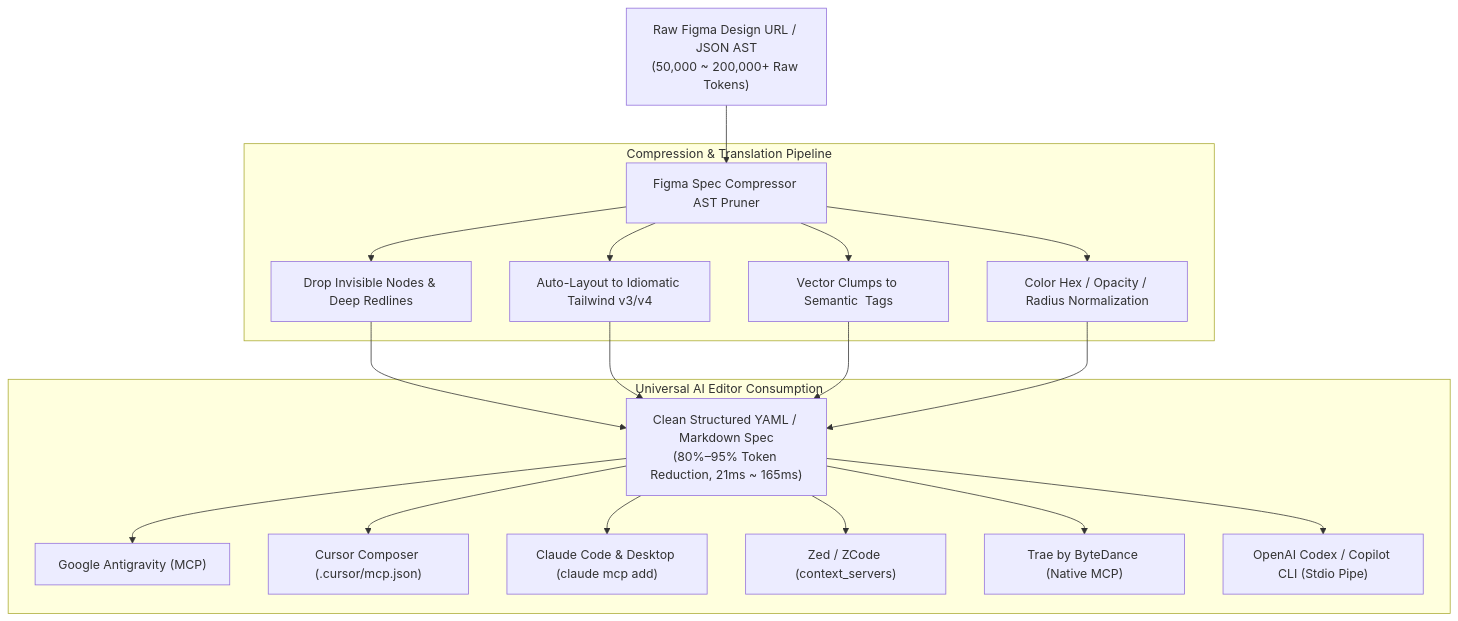
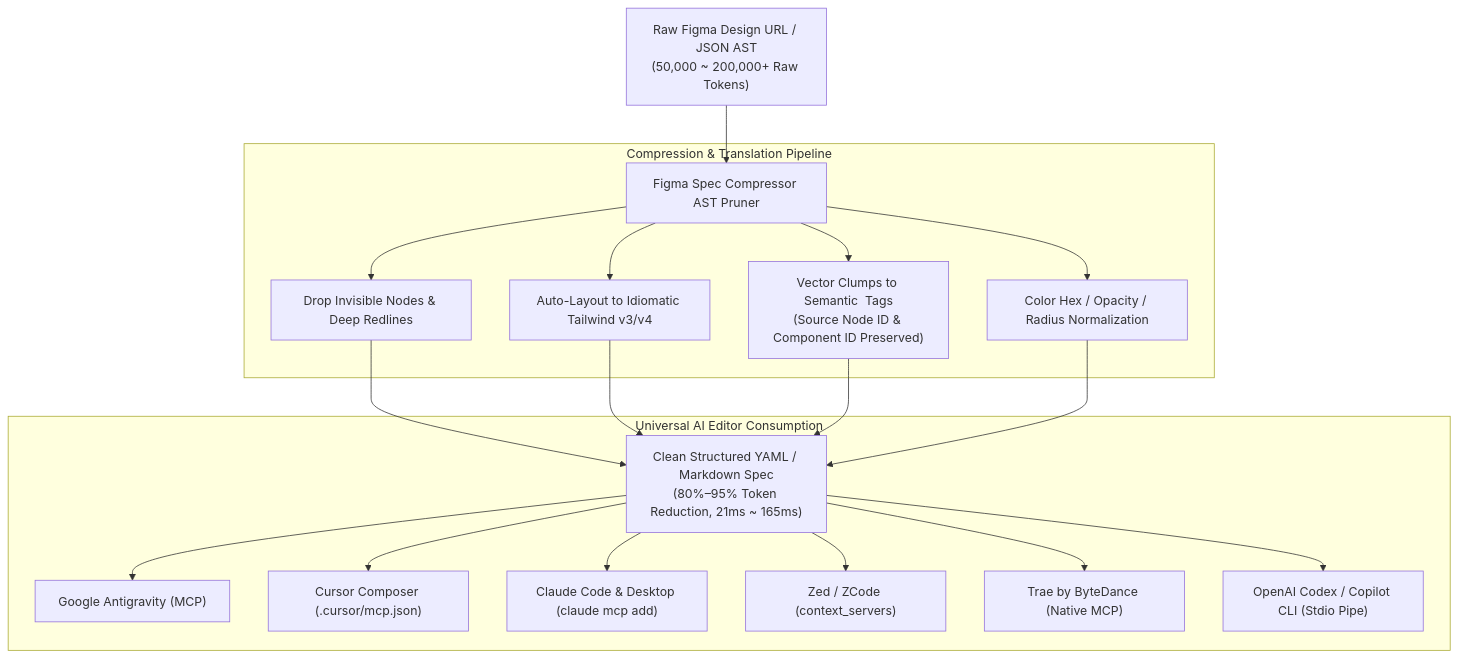
The diagram in README.md (leethoneid/figma-spec-compressor), drawn with Mermaid before and after one commit. The commit also changed other lines of this file and 9 other files, not shown here.

Commit message:
feat(icon): preserve source node id and componentId on folded icon nodes for downstream traceability

````diff
--- a/README.md
+++ b/README.md
@@ -14,22 +14,22 @@
 ```mermaid
 flowchart TD
     A["Raw Figma Design URL / JSON AST<br/>(50,000 ~ 200,000+ Raw Tokens)"] --> B["Figma Spec Compressor AST Pruner"]
     
     subgraph "Compression & Translation Pipeline"
         B --> C1["Drop Invisible Nodes & Deep Redlines"]
         B --> C2["Auto-Layout to Idiomatic Tailwind v3/v4"]
-        B --> C3["Vector Clumps to Semantic <icon> Tags"]
+        B --> C3["Vector Clumps to Semantic <icon> Tags<br/>(Source Node ID & Component ID Preserved)"]
         B --> C4["Color Hex / Opacity / Radius Normalization"]
     end
 
     C1 & C2 & C3 & C4 --> D["Clean Structured YAML / Markdown Spec<br/>(80%–95% Token Reduction, 21ms ~ 165ms)"]
 
     subgraph "Universal AI Editor Consumption"
         D --> E1["Google Antigravity (MCP)"]
         D --> E2["Cursor Composer (.cursor/mcp.json)"]
         D --> E3["Claude Code & Desktop (claude mcp add)"]
         D --> E4["Zed / ZCode (context_servers)"]
         D --> E5["Trae by ByteDance (Native MCP)"]
         D --> E6["OpenAI Codex / Copilot CLI (Stdio Pipe)"]
     end
 ```
````
